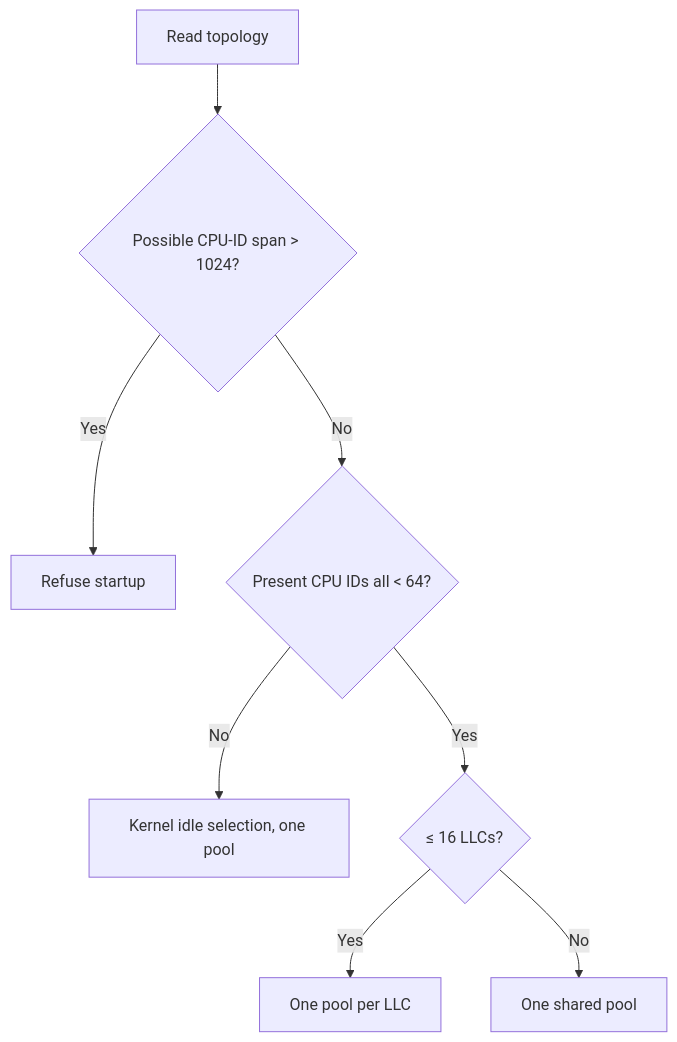
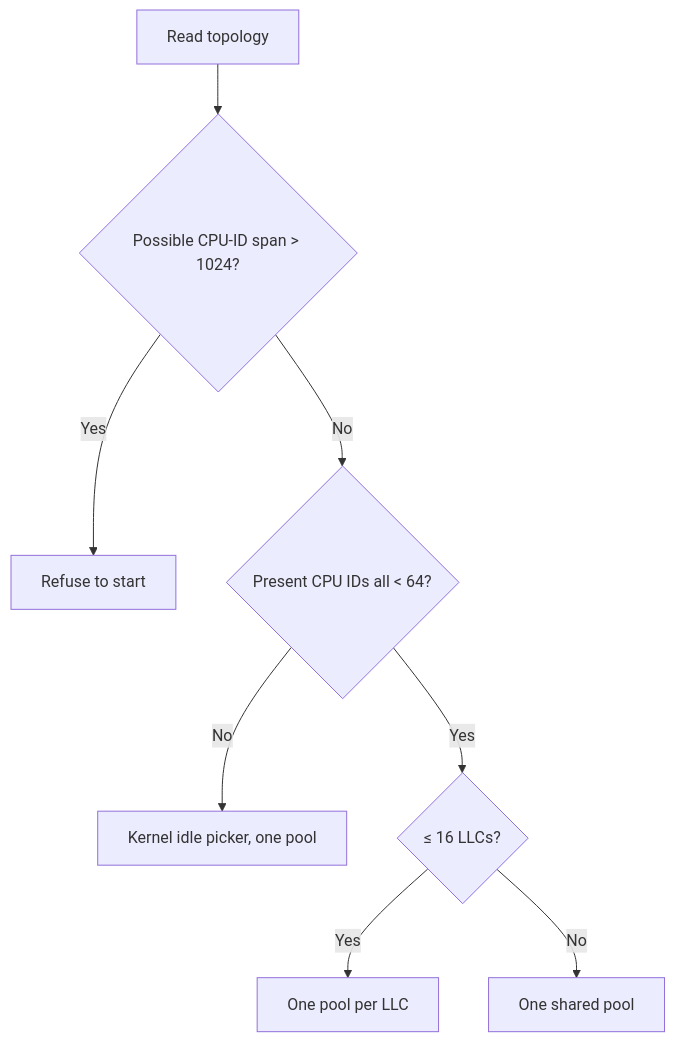
One commit to RitzDaCat/scx changed the fourth of 5 diagrams in scheds/rust/scx_cake/DESIGN.md. Above: the diagram before and after it, drawn with Mermaid. The commit also changed other lines of this file and 11 other files, not shown here.

````diff
--- a/scheds/rust/scx_cake/DESIGN.md
+++ b/scheds/rust/scx_cake/DESIGN.md
@@ -93,10 +133,10 @@
 ```mermaid
 flowchart TD
     T["Read topology"] --> B{"Possible CPU-ID span > 1024?"}
-    B -->|Yes| F["Refuse startup"]
+    B -->|Yes| F["Refuse to start"]
     B -->|No| N{"Present CPU IDs all < 64?"}
-    N -->|No| G["Kernel idle selection, one pool"]
+    N -->|No| G["Kernel idle picker, one pool"]
     N -->|Yes| Q{"≤ 16 LLCs?"}
     Q -->|Yes| M["One pool per LLC"]
     Q -->|No| U["One shared pool"]
 ```
````
